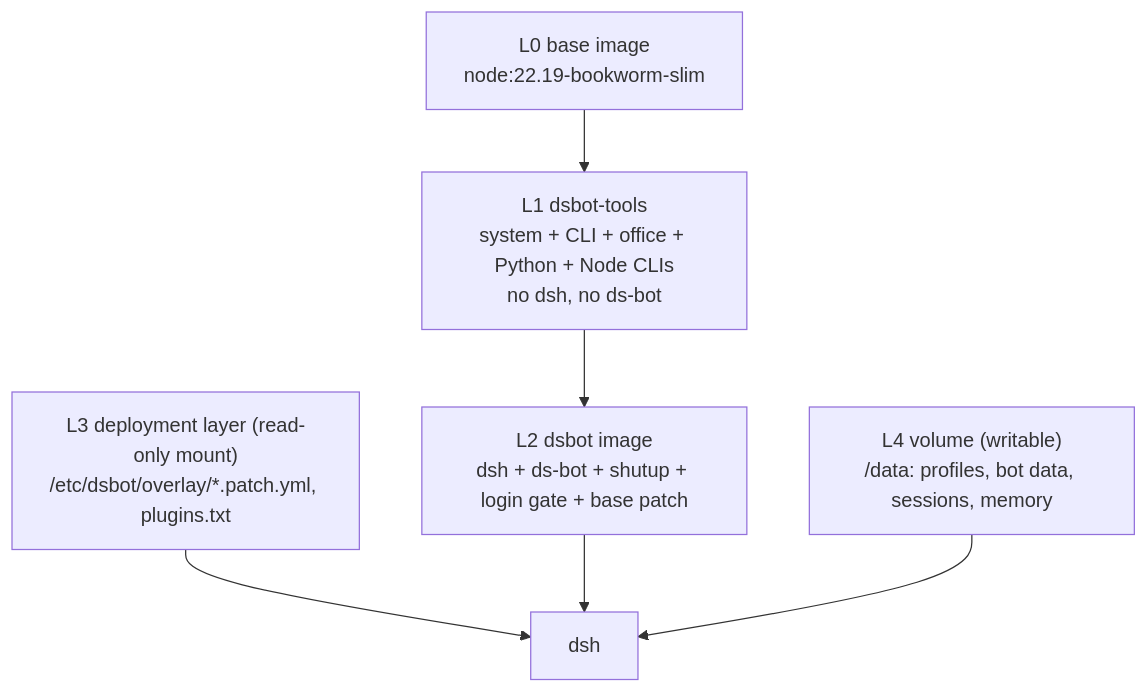
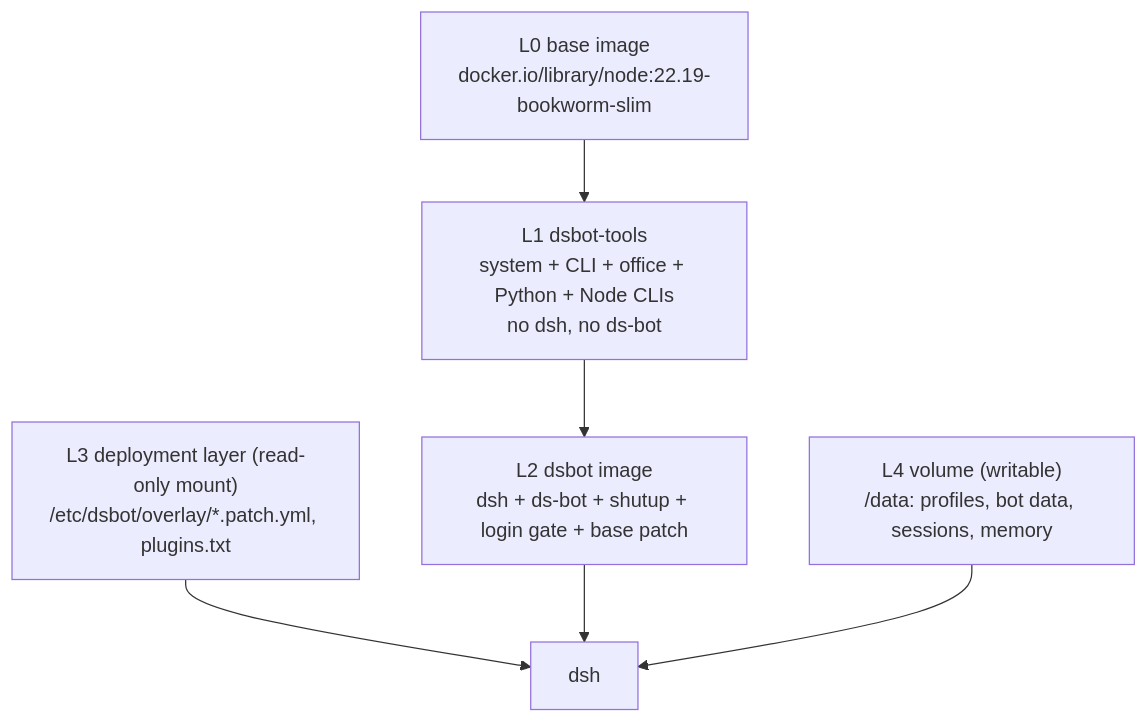
One commit to zerodegress/dsbot-containers changed the diagram in docs/architecture.md. Above: the diagram before and after it, drawn with Mermaid. The commit also changed other lines of this file and 4 other files, not shown here.

First line of the commit message:
chore(build): qualify the base image name for podman

````diff
--- a/docs/architecture.md
+++ b/docs/architecture.md
@@ -5,12 +5,12 @@
 ```mermaid
 flowchart TB
-  L0["L0 base image<br/>node:22.19-bookworm-slim"]
+  L0["L0 base image<br/>docker.io/library/node:22.19-bookworm-slim"]
   L1["L1 dsbot-tools<br/>system + CLI + office + Python + Node CLIs<br/>no dsh, no ds-bot"]
   L2["L2 dsbot image<br/>dsh + ds-bot + shutup + login gate + base patch"]
   L3["L3 deployment layer (read-only mount)<br/>/etc/dsbot/overlay/*.patch.yml, plugins.txt"]
   L4["L4 volume (writable)<br/>/data: profiles, bot data, sessions, memory"]
   L0 --> L1 --> L2
   L3 --> RUN["dsh"]
   L2 --> RUN
   L4 --> RUN
 ```
````
